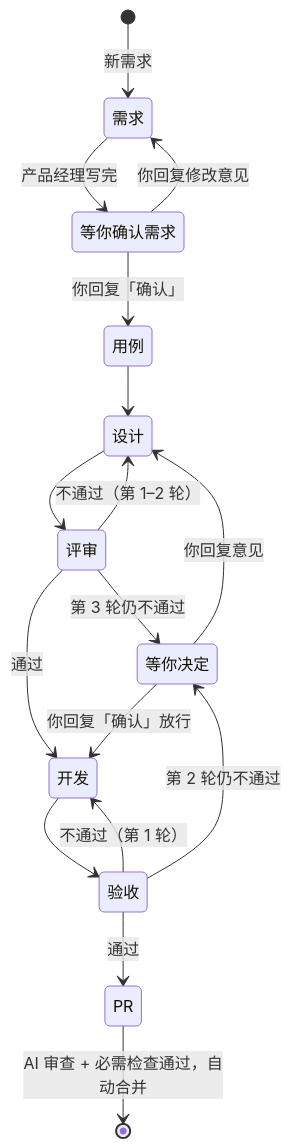
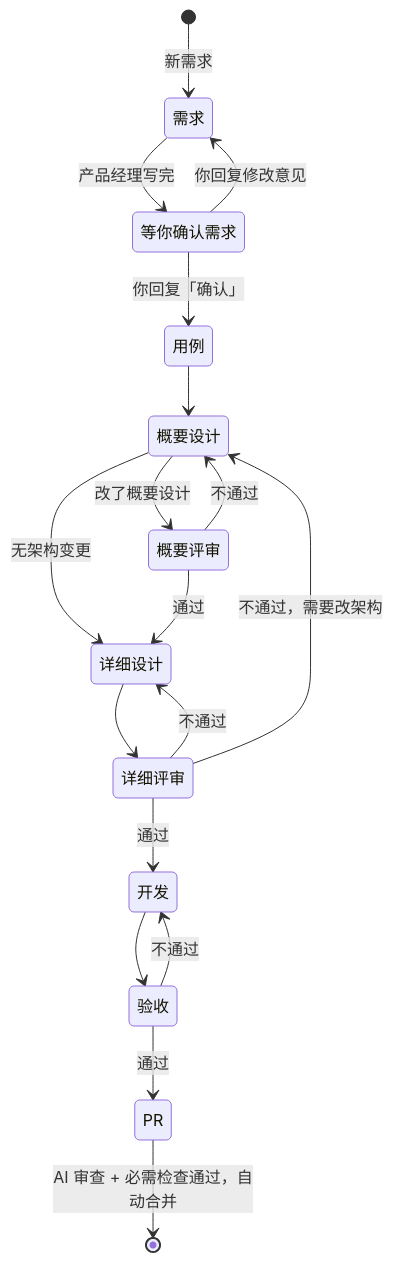
Before and after one commit to ouraihub/AutoFlow: the diagram in docs/02-多角色开发流程.md, drawn with Mermaid. The commit also changed other lines of this file, not shown here.

````diff
--- a/docs/02-多角色开发流程.md
+++ b/docs/02-多角色开发流程.md
@@ -34,19 +47,20 @@
 ```mermaid
 stateDiagram-v2
   [*] --> 需求: 新需求
   需求 --> 等你确认需求: 产品经理写完
   等你确认需求 --> 需求: 你回复修改意见
   等你确认需求 --> 用例: 你回复「确认」
-  用例 --> 设计
-  设计 --> 评审
-  评审 --> 设计: 不通过（第 1–2 轮）
-  评审 --> 等你决定: 第 3 轮仍不通过
-  评审 --> 开发: 通过
+  用例 --> 概要设计
+  概要设计 --> 概要评审: 改了概要设计
+  概要设计 --> 详细设计: 无架构变更
+  概要评审 --> 概要设计: 不通过
+  概要评审 --> 详细设计: 通过
+  详细设计 --> 详细评审
+  详细评审 --> 详细设计: 不通过
+  详细评审 --> 概要设计: 不通过，需要改架构
+  详细评审 --> 开发: 通过
   开发 --> 验收
-  验收 --> 开发: 不通过（第 1 轮）
-  验收 --> 等你决定: 第 2 轮仍不通过
+  验收 --> 开发: 不通过
   验收 --> PR: 通过
-  等你决定 --> 设计: 你回复意见
-  等你决定 --> 开发: 你回复「确认」放行
   PR --> [*]: AI 审查 + 必需检查通过，自动合并
 ```
````
